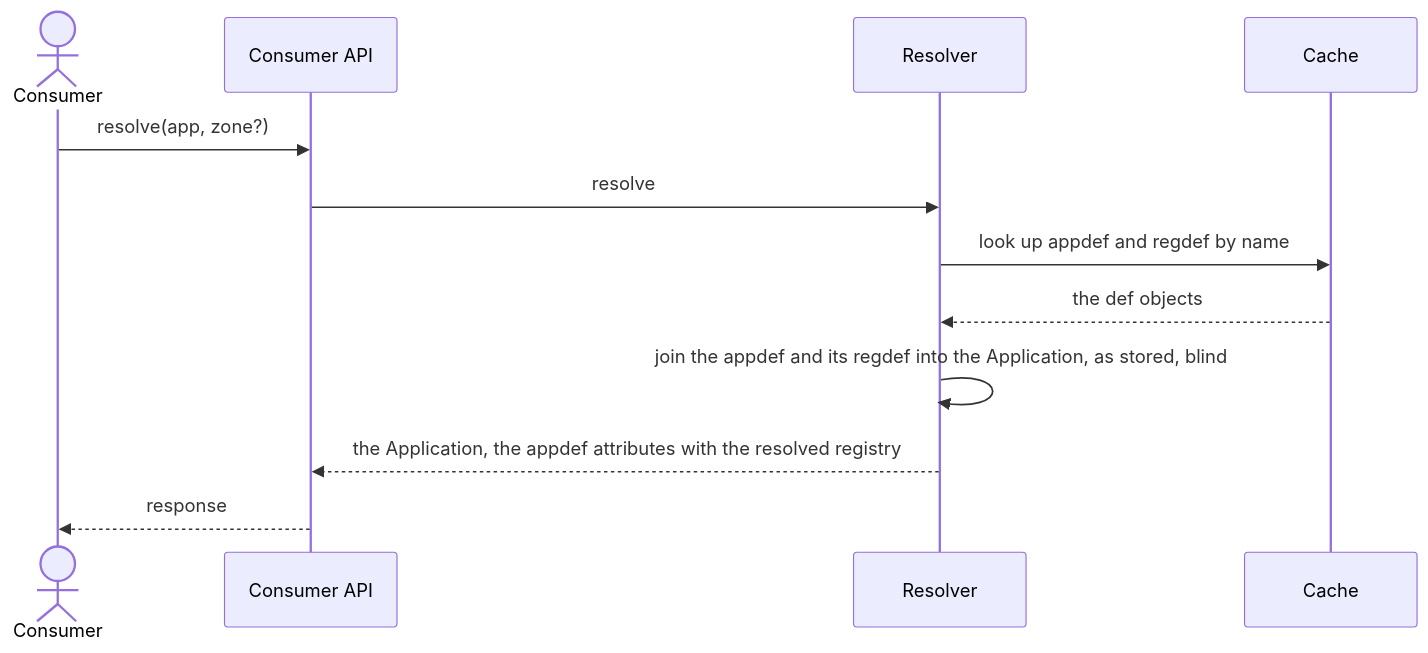
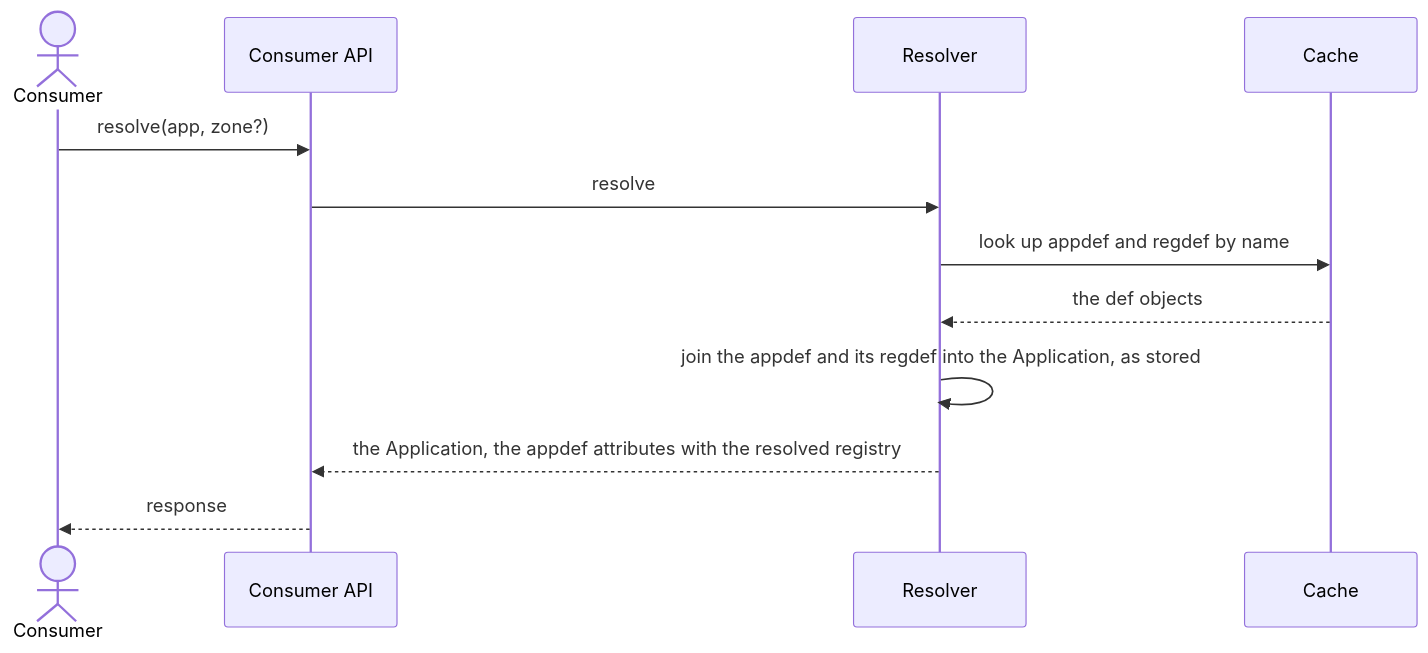
Before and after one commit to Netcracker/qubership-envgene: the third of 5 diagrams in docs/analysis/app-reg-def/service/architecture.md, drawn with Mermaid. The commit also changed other lines of this file and 1 other file, not shown here.

First line of the commit message:
docs: state the credential boundary plainly, drop the blind jargon

````diff
--- a/docs/analysis/app-reg-def/service/architecture.md
+++ b/docs/analysis/app-reg-def/service/architecture.md
@@ -73,14 +73,14 @@
 ```mermaid
 sequenceDiagram
   actor C as Consumer
   participant API as Consumer API
   participant R as Resolver
   participant Cache
   C->>API: resolve(app, zone?)
   API->>R: resolve
   R->>Cache: look up appdef and regdef by name
   Cache-->>R: the def objects
-  R->>R: join the appdef and its regdef into the Application, as stored, blind
+  R->>R: join the appdef and its regdef into the Application, as stored
   R-->>API: the Application, the appdef attributes with the resolved registry
   API-->>C: response
 ```
````
